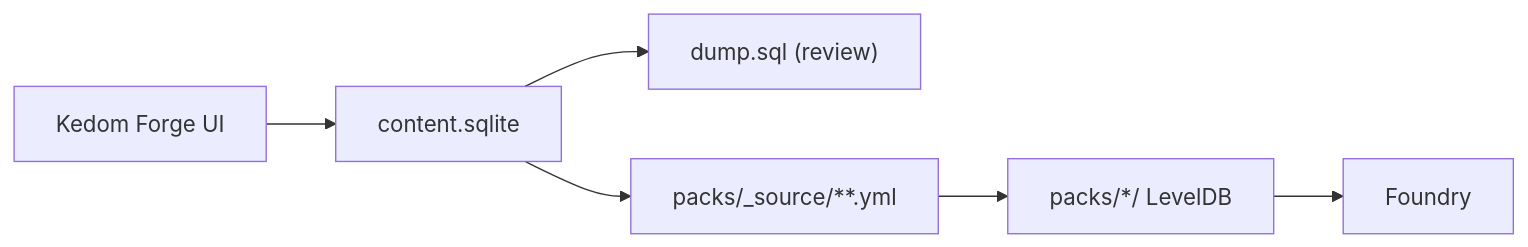
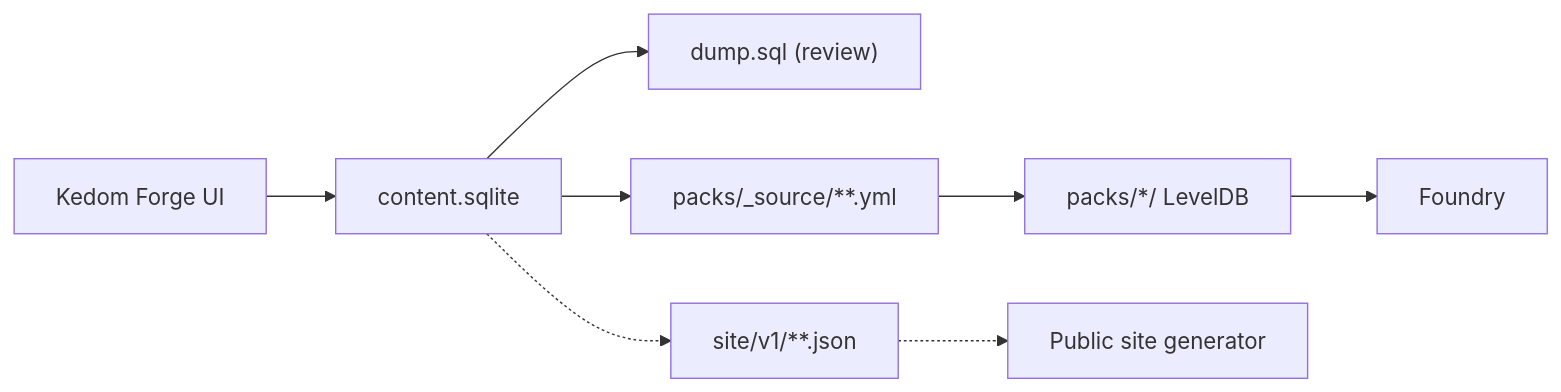
One commit to c7d5a6/foundry-kedom-rpg changed the diagram in docs/system/compendium-pipeline.md. Above: the diagram before and after it, drawn with Mermaid. The commit also changed other lines of this file and 10 other files, not shown here.

````diff
--- a/docs/system/compendium-pipeline.md
+++ b/docs/system/compendium-pipeline.md
@@ -7,8 +7,10 @@
 ```mermaid
 flowchart LR
   forge["Kedom Forge UI"] --> sqlite["content.sqlite"]
   sqlite --> dump["dump.sql (review)"]
   sqlite --> yaml["packs/_source/**.yml"]
   yaml --> ldb["packs/*/ LevelDB"]
   ldb --> foundry["Foundry"]
+  sqlite -.-> site["site/v1/**.json"]
+  site -.-> web["Public site generator"]
 ```
````
